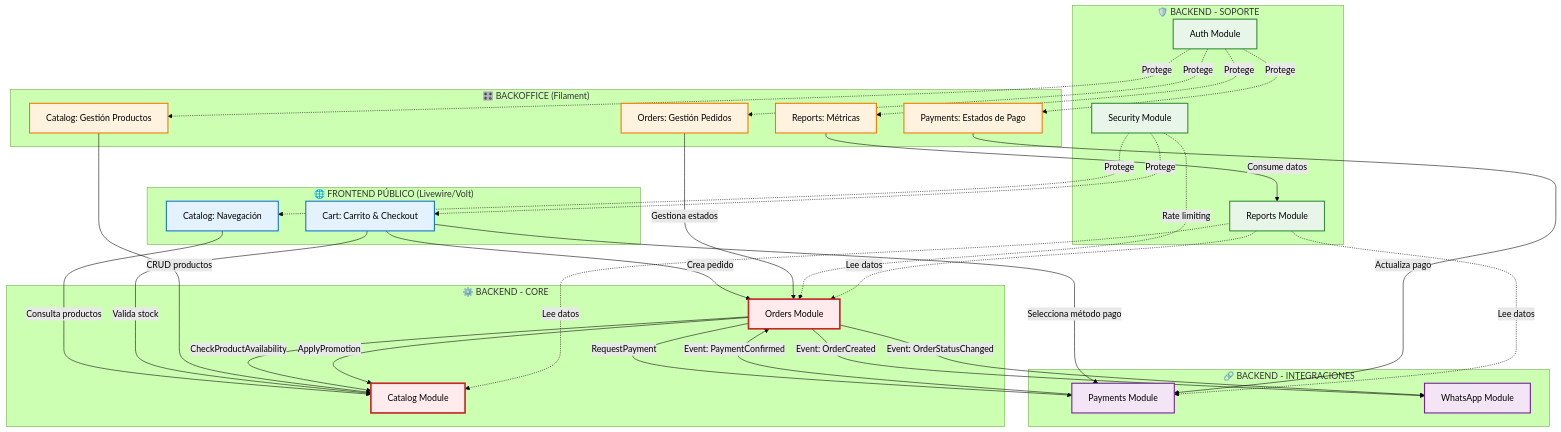
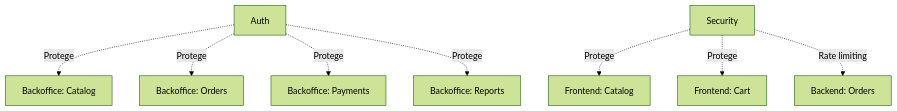
Before and after one commit to dantofema/memory-bank: the fifth of 7 diagrams in e-commerce-wa-ml/domain_model.md, drawn with Mermaid (forest theme). The commit also changed other lines of this file and 1 other file, not shown here.

Commit message:
docs: update conventions and domain model documentation for module organization and communication

````diff
--- a/e-commerce-wa-ml/domain_model.md
+++ b/e-commerce-wa-ml/domain_model.md
@@ -59,76 +128,23 @@
 ```mermaid
 graph TB
-    subgraph Frontend["🌐 FRONTEND PÚBLICO (Livewire/Volt)"]
-        F_CATALOG[Catalog: Navegación]
-        F_CART[Cart: Carrito & Checkout]
-    end
+    AUTH[Auth]
+    SECURITY[Security]
+    
+    B_CATALOG[Backoffice: Catalog]
+    B_ORDERS[Backoffice: Orders]
+    B_PAYMENTS[Backoffice: Payments]
+    B_REPORTS[Backoffice: Reports]
+    
+    F_CATALOG[Frontend: Catalog]
+    F_CART[Frontend: Cart]
+    ORDERS[Backend: Orders]
 
-    subgraph Backoffice["🎛️ BACKOFFICE (Filament)"]
-        B_CATALOG[Catalog: Gestión Productos]
-        B_ORDERS[Orders: Gestión Pedidos]
-        B_PAYMENTS[Payments: Estados de Pago]
-        B_REPORTS[Reports: Métricas]
-    end
-
-    subgraph Core["⚙️ BACKEND - CORE"]
-        CATALOG[Catalog Module]
-        ORDERS[Orders Module]
-    end
-
-    subgraph Integration["🔗 BACKEND - INTEGRACIONES"]
-        PAYMENTS[Payments Module]
-        WHATSAPP[WhatsApp Module]
-    end
-
-    subgraph Support["🛡️ BACKEND - SOPORTE"]
-        AUTH[Auth Module]
-        SECURITY[Security Module]
-        REPORTS[Reports Module]
-    end
-
-    %% Frontend comunica con Backend
-    F_CATALOG -->|Consulta productos| CATALOG
-    F_CART -->|Valida stock| CATALOG
-    F_CART -->|Crea pedido| ORDERS
-    F_CART -->|Selecciona método pago| PAYMENTS
-
-    %% Backoffice comunica con Backend
-    B_CATALOG -->|CRUD productos| CATALOG
-    B_ORDERS -->|Gestiona estados| ORDERS
-    B_PAYMENTS -->|Actualiza pago| PAYMENTS
-    B_REPORTS -->|Consume datos| REPORTS
-
-    %% Comunicación entre módulos Backend
-    ORDERS -->|CheckProductAvailability| CATALOG
-    ORDERS -->|ApplyPromotion| CATALOG
-    ORDERS -->|RequestPayment| PAYMENTS
-    PAYMENTS -->|Event: PaymentConfirmed| ORDERS
-    ORDERS -->|Event: OrderCreated| WHATSAPP
-    ORDERS -->|Event: OrderStatusChanged| WHATSAPP
-
-    %% Módulos transversales
     AUTH -.->|Protege| B_CATALOG
     AUTH -.->|Protege| B_ORDERS
     AUTH -.->|Protege| B_PAYMENTS
     AUTH -.->|Protege| B_REPORTS
     
     SECURITY -.->|Protege| F_CATALOG
     SECURITY -.->|Protege| F_CART
     SECURITY -.->|Rate limiting| ORDERS
-    
-    REPORTS -.->|Lee datos| ORDERS
-    REPORTS -.->|Lee datos| PAYMENTS
-    REPORTS -.->|Lee datos| CATALOG
-
-    classDef frontend fill:#e3f2fd,stroke:#1976d2,stroke-width:2px
-    classDef backoffice fill:#fff3e0,stroke:#f57c00,stroke-width:2px
-    classDef core fill:#ffebee,stroke:#c62828,stroke-width:3px
-    classDef integration fill:#f3e5f5,stroke:#7b1fa2,stroke-width:2px
-    classDef support fill:#e8f5e9,stroke:#388e3c,stroke-width:2px
-
-    class F_CATALOG,F_CART frontend
-    class B_CATALOG,B_ORDERS,B_PAYMENTS,B_REPORTS backoffice
-    class CATALOG,ORDERS core
-    class PAYMENTS,WHATSAPP integration
-    class AUTH,SECURITY,REPORTS support
 ```
````
